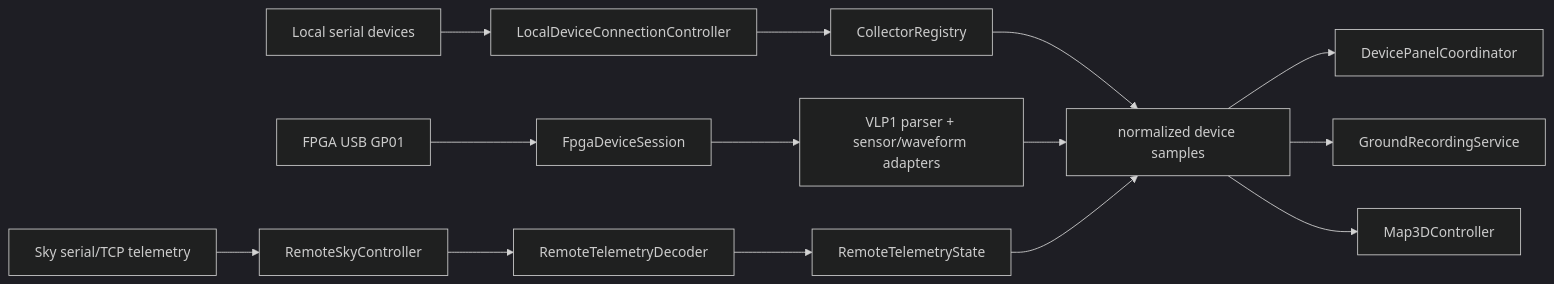
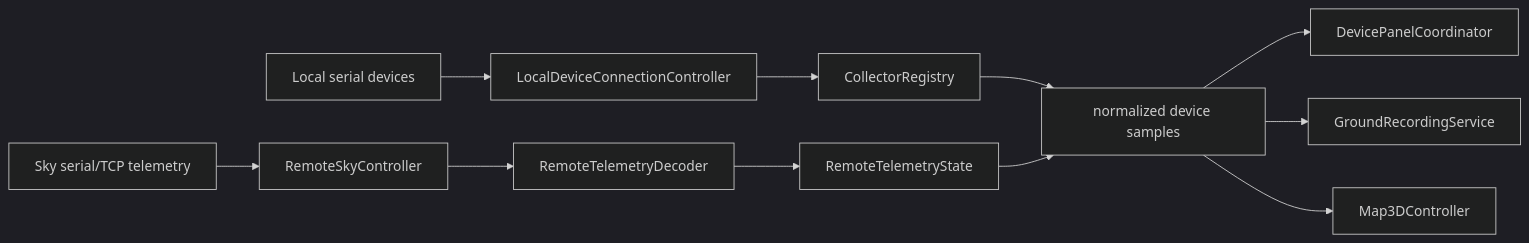
Before and after one commit to Winter-And-You-Gone/VaporView: the second of 4 diagrams in docs/architecture.md, drawn with Mermaid (dark theme). The commit also changed other lines of this file and 49 other files, not shown here.

````diff
--- a/docs/architecture.md
+++ b/docs/architecture.md
@@ -162,19 +164,15 @@
 ```mermaid
 flowchart LR
   LD["Local serial devices"] --> LC["LocalDeviceConnectionController"]
   LC --> CR["CollectorRegistry"]
   CR --> DS["normalized device samples"]
-
-  FU["FPGA USB GP01"] --> FS["FpgaDeviceSession"]
-  FS --> FV["VLP1 parser + sensor/waveform adapters"]
-  FV --> DS
 
   RL["Sky serial/TCP telemetry"] --> RS["RemoteSkyController"]
   RS --> RD["RemoteTelemetryDecoder"]
   RD --> RMS["RemoteTelemetryState"]
   RMS --> DS
 
   DS --> PC["DevicePanelCoordinator"]
   DS --> GR["GroundRecordingService"]
   DS --> MC["Map3DController"]
 ```
````
